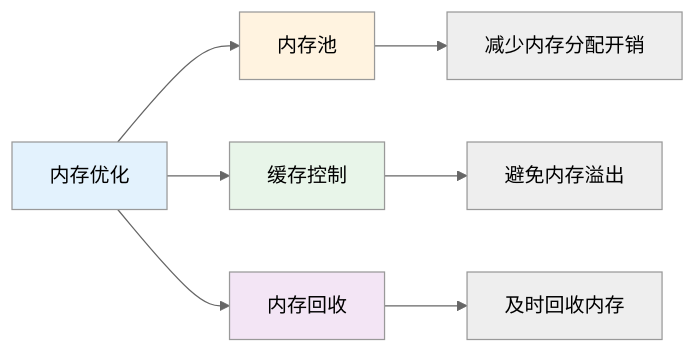
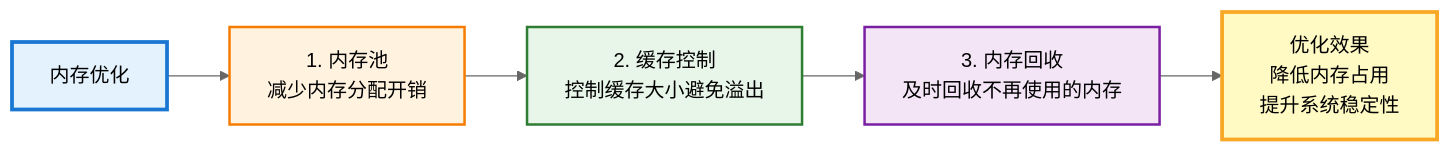
Before and after one commit to zhouzhilong-commits/zhouzhilong-commits.github.io: diagram 22 of 25 in _posts/2025-06-11-indexlib-4-query-flow.md, drawn with Mermaid (neutral theme). The commit also changed other lines of this file and 10 other files, not shown here.

````diff
--- a/_posts/2025-06-11-indexlib-4-query-flow.md
+++ b/_posts/2025-06-11-indexlib-4-query-flow.md
@@ -1692,15 +1813,13 @@
 ```mermaid
-graph LR
-    A[内存优化] --> B[内存池]
-    A --> C[缓存控制]
-    A --> D[内存回收]
+flowchart LR
+    Start[内存优化] --> M1[1. 内存池<br/>减少内存分配开销]
+    M1 --> M2[2. 缓存控制<br/>控制缓存大小避免溢出]
+    M2 --> M3[3. 内存回收<br/>及时回收不再使用的内存]
+    M3 --> Benefit[优化效果<br/>降低内存占用<br/>提升系统稳定性]
     
-    B --> E[减少内存分配开销]
-    C --> F[避免内存溢出]
-    D --> G[及时回收内存]
-    
-    style A fill:#e3f2fd
-    style B fill:#fff3e0
-    style C fill:#e8f5e9
-    style D fill:#f3e5f5
+    style Start fill:#e3f2fd,stroke:#1976d2,stroke-width:3px
+    style M1 fill:#fff3e0,stroke:#f57c00,stroke-width:2px
+    style M2 fill:#e8f5e9,stroke:#2e7d32,stroke-width:2px
+    style M3 fill:#f3e5f5,stroke:#7b1fa2,stroke-width:2px
+    style Benefit fill:#fff9c4,stroke:#f9a825,stroke-width:3px
 ```
````
